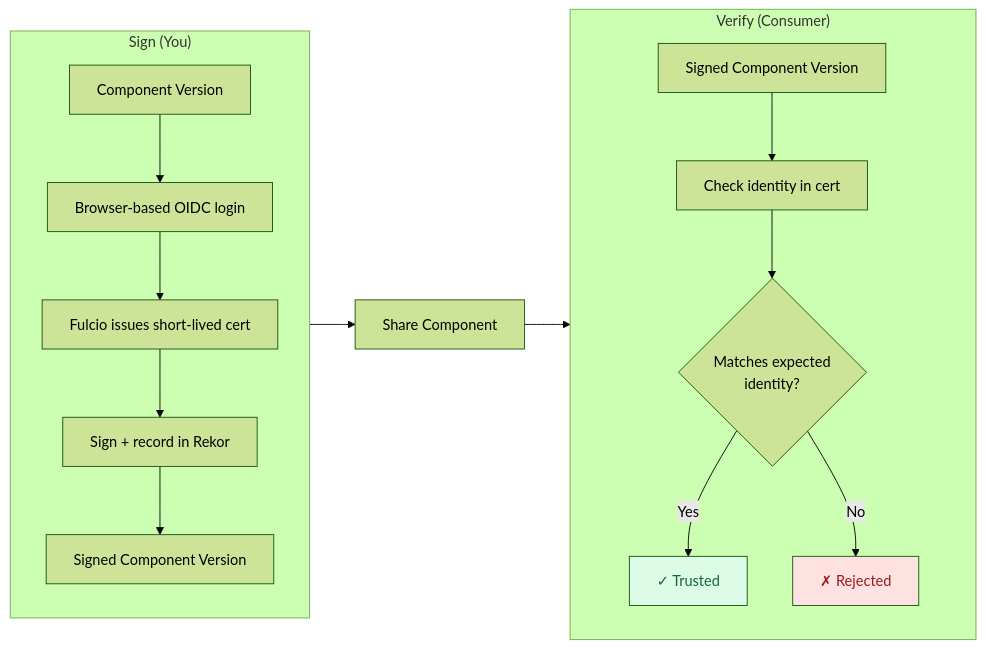
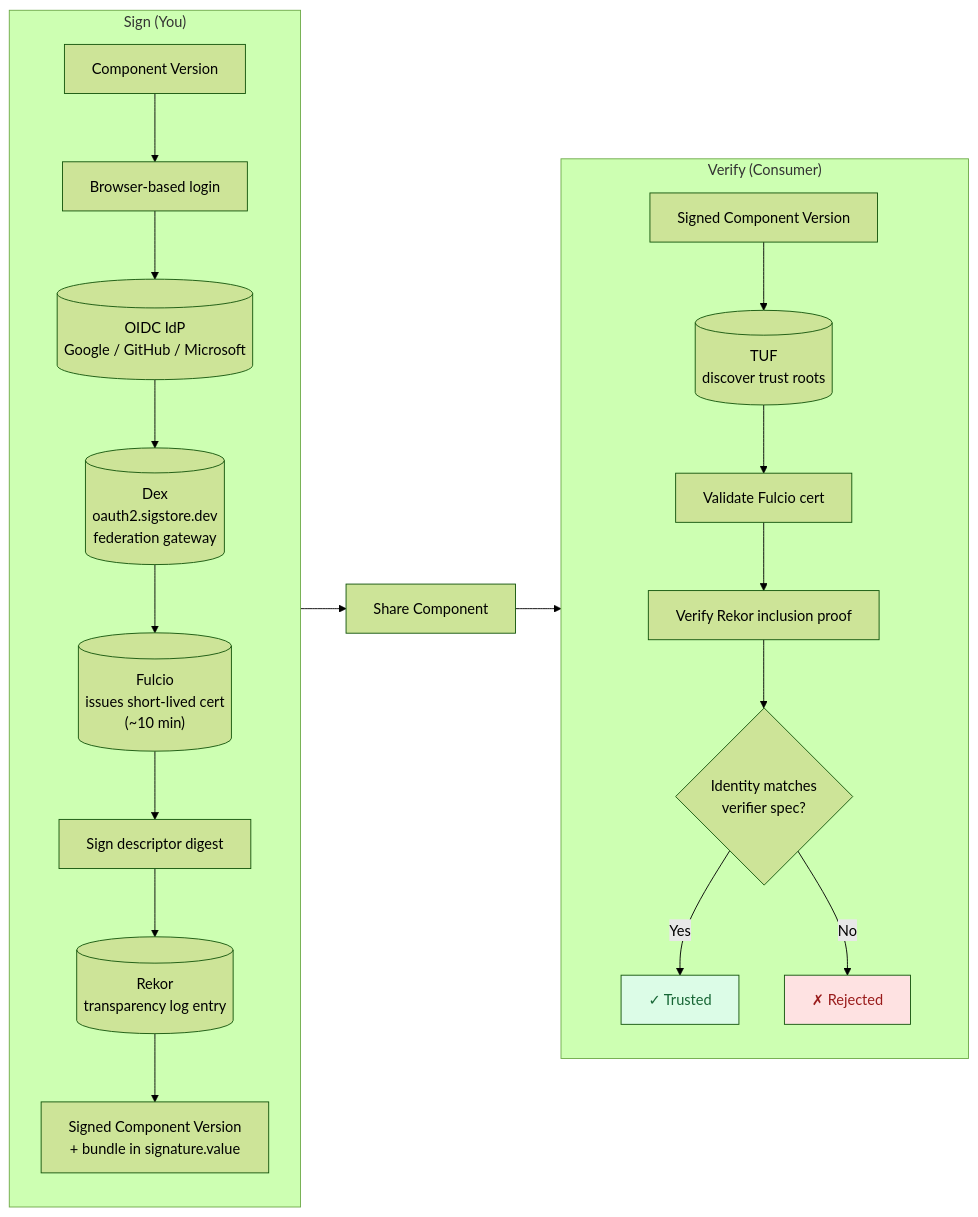
One commit to open-component-model/open-component-model changed the diagram in website/content/docs/tutorials/signing/sigstore.md. Above: the diagram before and after it, drawn with Mermaid (forest theme). The commit also changed other lines of this file and 3 other files, not shown here.

````diff
--- a/website/content/docs/tutorials/signing/sigstore.md
+++ b/website/content/docs/tutorials/signing/sigstore.md
@@ -28,25 +28,30 @@
 ```mermaid
 flowchart LR
     subgraph sign ["Sign (You)"]
         direction TB
-        A[Component Version] --> B[Browser-based OIDC login]
-        B --> C[Fulcio issues short-lived cert]
-        C --> D[Sign + record in Rekor]
-        D --> E[Signed Component Version]
+        A[Component Version] --> B[Browser-based login]
+        B --> IDP[("OIDC IdP<br/>Google / GitHub / Microsoft")]
+        IDP --> DEX[("Dex<br/>oauth2.sigstore.dev<br/>federation gateway")]
+        DEX --> FULCIO[("Fulcio<br/>issues short-lived cert<br/>(~10 min)")]
+        FULCIO --> SIGN[Sign descriptor digest]
+        SIGN --> REKOR[("Rekor<br/>transparency log entry")]
+        REKOR --> E[Signed Component Version<br/>+ bundle in signature.value]
     end
 
     E --> T["Share Component"]
 
     T --> verify
 
     subgraph verify ["Verify (Consumer)"]
         direction TB
-        F[Signed Component Version] --> G[Check identity in cert]
-        G --> H{Matches expected<br/>identity?}
+        F[Signed Component Version] --> TUF[("TUF<br/>discover trust roots")]
+        TUF --> CERT[Validate Fulcio cert]
+        CERT --> PROOF[Verify Rekor inclusion proof]
+        PROOF --> H{Identity matches<br/>verifier spec?}
         H -->|Yes| VALID["✓ Trusted"]
         H -->|No| INVALID["✗ Rejected"]
     end
 
     style VALID fill:#dcfce7,color:#166534
     style INVALID fill:#fee2e2,color:#991b1b
 ```
````
